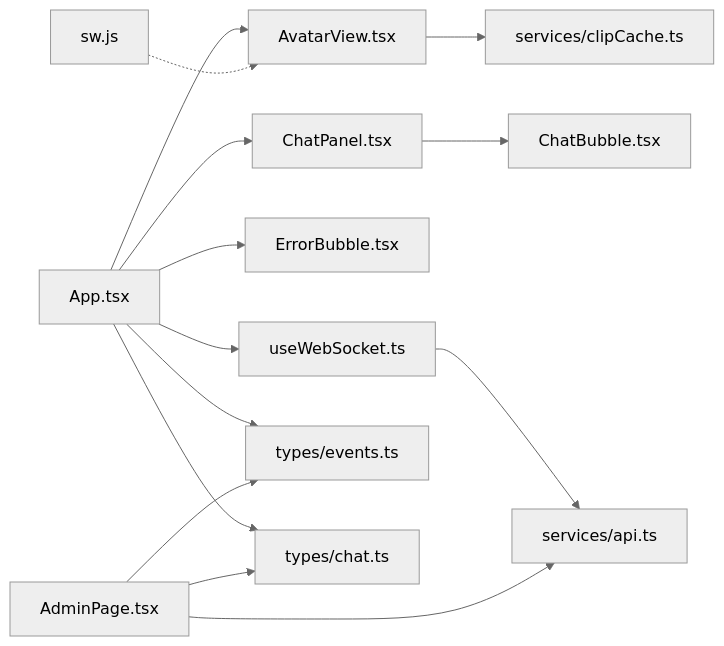
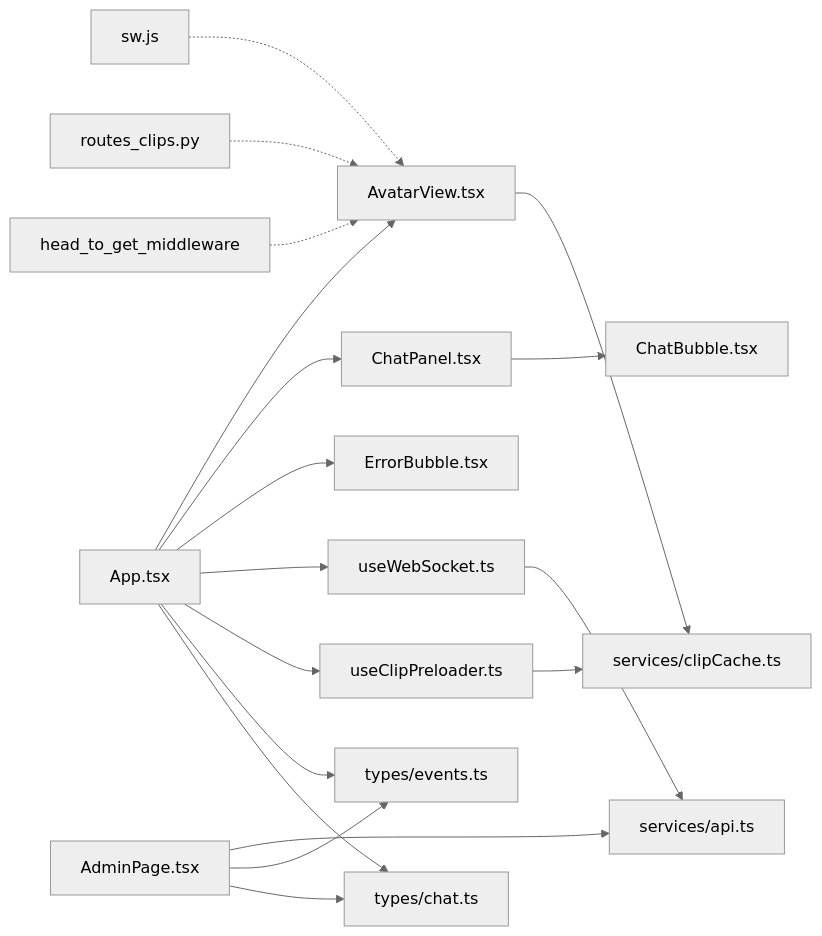
One commit to leo21cn/real-time-talk changed the eighth of 8 diagrams in .qoder/repowiki/zh/content/前端应用/前端应用.md. Above: the diagram before and after it, drawn with Mermaid (neutral theme). The commit also changed other lines of this file and 9 other files, not shown here.

````diff
--- a/.qoder/repowiki/zh/content/前端应用/前端应用.md
+++ b/.qoder/repowiki/zh/content/前端应用/前端应用.md
@@ -392,16 +492,20 @@
 ```mermaid
 graph LR
 App["App.tsx"] --> AV["AvatarView.tsx"]
 App --> CP["ChatPanel.tsx"]
 CP --> CB["ChatBubble.tsx"]
 App --> EB["ErrorBubble.tsx"]
 App --> WS["useWebSocket.ts"]
+App --> CLP["useClipPreloader.ts"]
 WS --> API["services/api.ts"]
-AV --> CC["services/clipCache.ts"]
+CLP --> CC["services/clipCache.ts"]
+AV --> CC
 App --> TEvents["types/events.ts"]
 App --> TChat["types/chat.ts"]
 Admin["AdminPage.tsx"] --> API
 Admin --> TEvents
 Admin --> TChat
 SW["sw.js"] -.-> AV
+MP4["routes_clips.py"] -.-> AV
+HW["head_to_get_middleware"] -.-> AV
 ```
````
